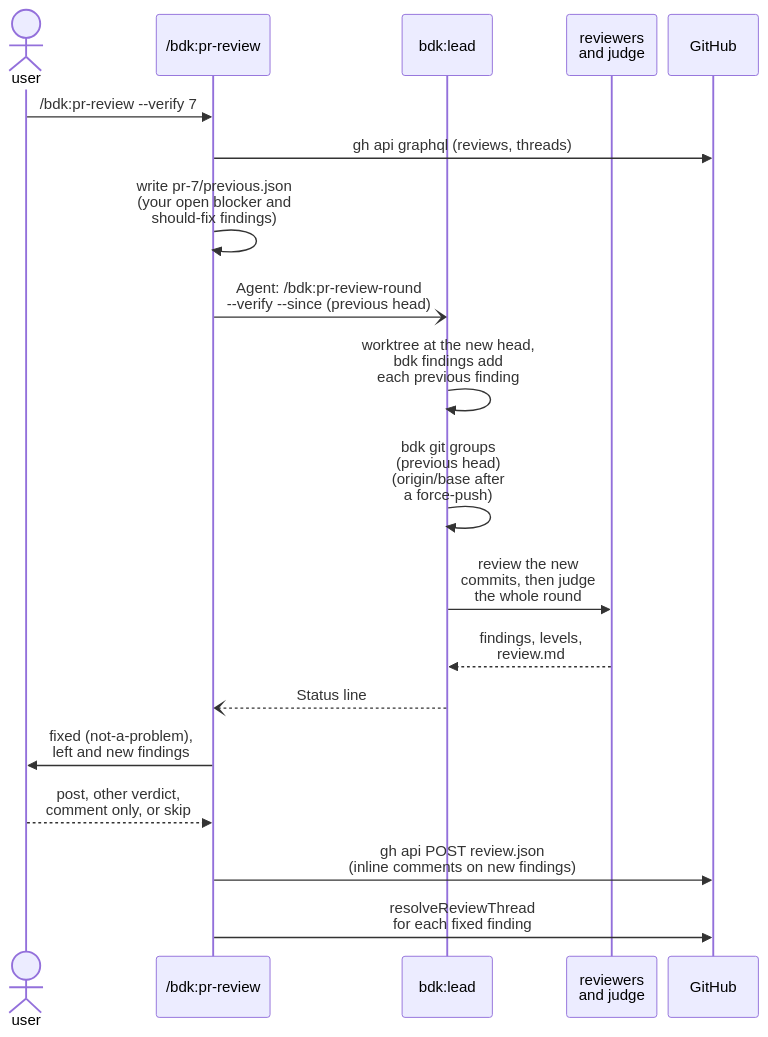
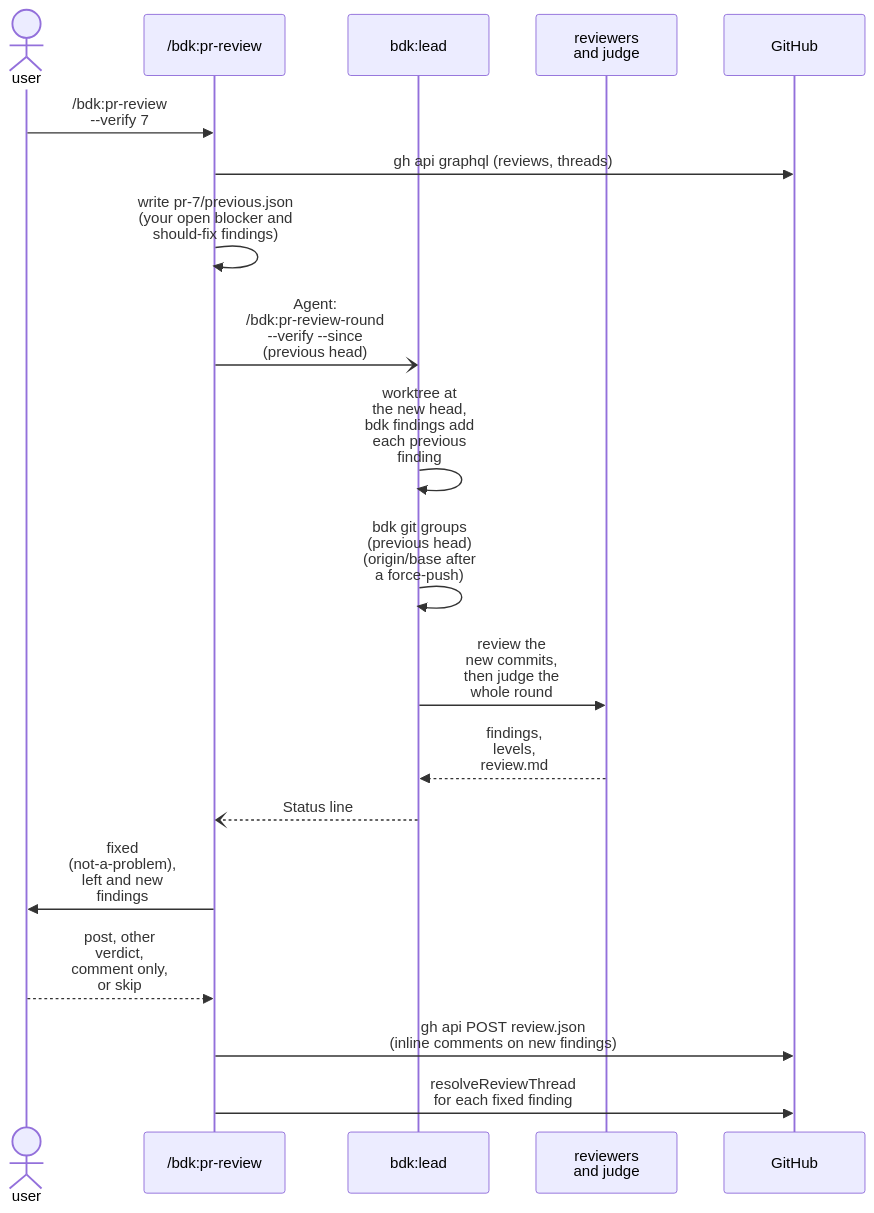
Diagram 14 of 15 in docs/concepts/orchestrators.md (broneq/bdk), drawn with Mermaid before and after one commit. The commit also changed other lines of this file and 20 other files, not shown here.

First line of the commit message:
fix(docs): fit every diagram into the content column

````diff
--- a/docs/concepts/orchestrators.md
+++ b/docs/concepts/orchestrators.md
@@ -335,22 +330,21 @@
 ```mermaid
-%%{init: {"sequence": {"actorMargin": 12, "width": 96, "noteMargin": 6}}}%%
 sequenceDiagram
   actor U as user
   participant M as /bdk:pr-review
   participant L as bdk:lead
   participant R as reviewers<br/>and judge
   participant G as GitHub
-  U->>M: /bdk:pr-review --verify 7
+  U->>M: /bdk:pr-review<br/>--verify 7
   M->>G: gh api graphql (reviews, threads)
   M->>M: write pr-7/previous.json<br/>(your open blocker and<br/>should-fix findings)
-  M-)L: Agent: /bdk:pr-review-round<br/>--verify --since (previous head)
-  L->>L: worktree at the new head,<br/>bdk findings add<br/>each previous finding
+  M-)L: Agent:<br/>/bdk:pr-review-round<br/>--verify --since<br/>(previous head)
+  L->>L: worktree at<br/>the new head,<br/>bdk findings add<br/>each previous<br/>finding
   L->>L: bdk git groups<br/>(previous head)<br/>(origin/base after<br/>a force-push)
-  L->>R: review the new<br/>commits, then judge<br/>the whole round
-  R-->>L: findings, levels,<br/>review.md
+  L->>R: review the<br/>new commits,<br/>then judge the<br/>whole round
+  R-->>L: findings,<br/>levels,<br/>review.md
   L--)M: Status line
-  M->>U: fixed (not-a-problem),<br/>left and new findings
-  U-->>M: post, other verdict,<br/>comment only, or skip
+  M->>U: fixed<br/>(not-a-problem),<br/>left and new<br/>findings
+  U-->>M: post, other<br/>verdict,<br/>comment only,<br/>or skip
   M->>G: gh api POST review.json<br/>(inline comments on new findings)
   M->>G: resolveReviewThread<br/>for each fixed finding
 ```
````
